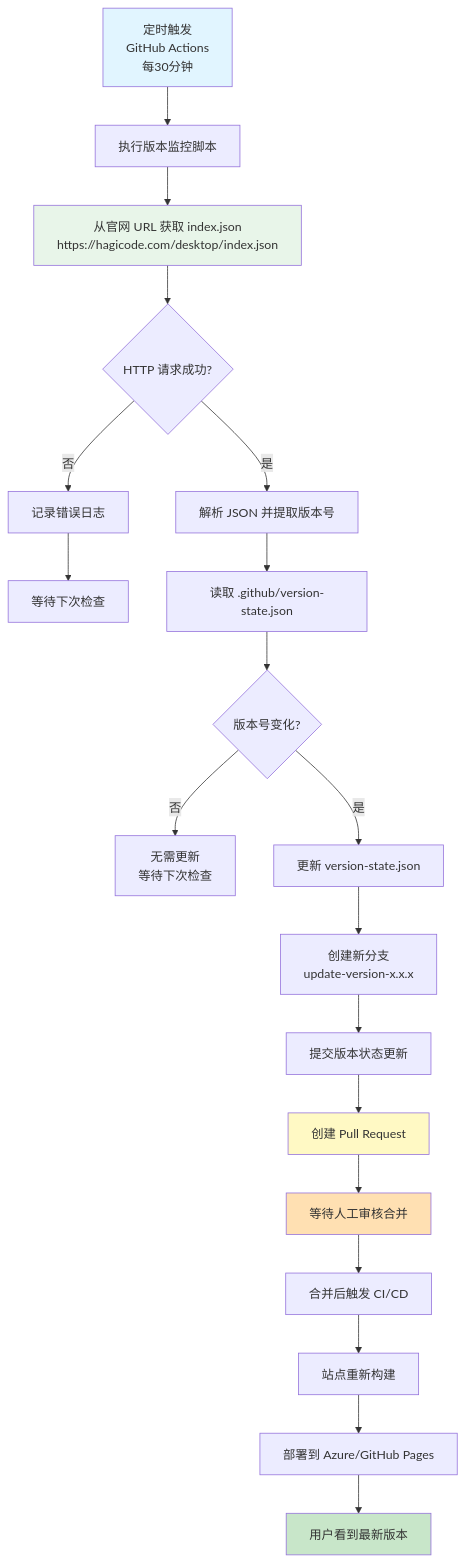
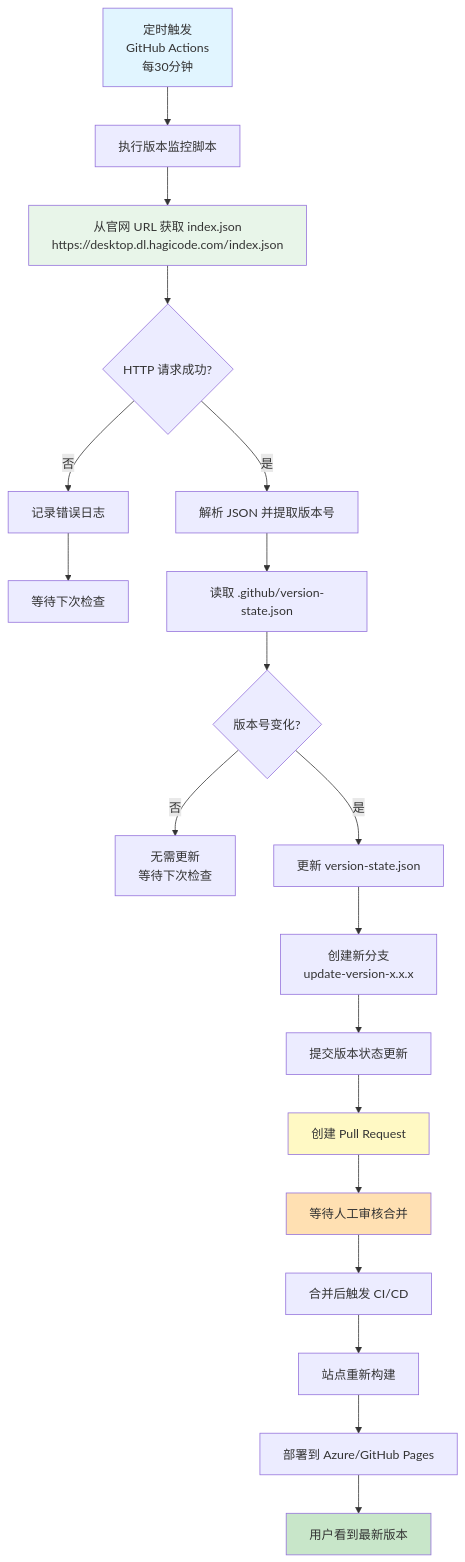
One commit to PCode-org/docs changed the first of 3 diagrams in openspec/changes/archive/2026-02-09-version-monitor-auto-deployment/proposal.md. Above: the diagram before and after it, drawn with Mermaid. The commit also changed other lines of this file and 7 other files, not shown here.

````diff
--- a/openspec/changes/archive/2026-02-09-version-monitor-auto-deployment/proposal.md
+++ b/openspec/changes/archive/2026-02-09-version-monitor-auto-deployment/proposal.md
@@ -42,27 +42,27 @@
 ```mermaid
 flowchart TD
     A[定时触发<br/>GitHub Actions<br/>每30分钟] --> B[执行版本监控脚本]
-    B --> C[从官网 URL 获取 index.json<br/>https://hagicode.com/desktop/index.json]
+    B --> C[从官网 URL 获取 index.json<br/>https://desktop.dl.hagicode.com/index.json]
     C --> D{HTTP 请求成功?}
     D -->|否| E[记录错误日志]
     E --> F[等待下次检查]
     D -->|是| G[解析 JSON 并提取版本号]
     G --> H[读取 .github/version-state.json]
     H --> I{版本号变化?}
     I -->|否| J[无需更新<br/>等待下次检查]
     I -->|是| K[更新 version-state.json]
     K --> L[创建新分支<br/>update-version-x.x.x]
     L --> M[提交版本状态更新]
     M --> N[创建 Pull Request]
     N --> O[等待人工审核合并]
     O --> P[合并后触发 CI/CD]
     P --> Q[站点重新构建]
     Q --> R[部署到 Azure/GitHub Pages]
     R --> S[用户看到最新版本]
 
     style A fill:#e1f5ff
     style S fill:#c8e6c9
     style N fill:#fff9c4
     style C fill:#e8f5e9
     style O fill:#ffe0b2
 ```
````
